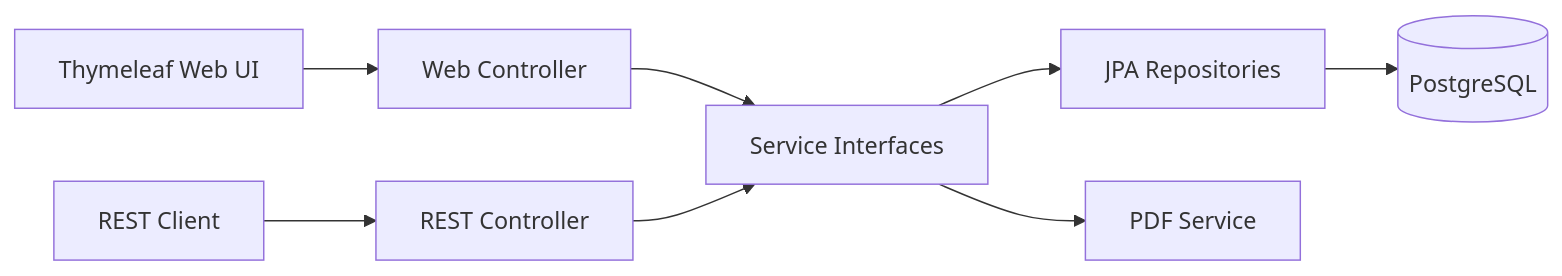
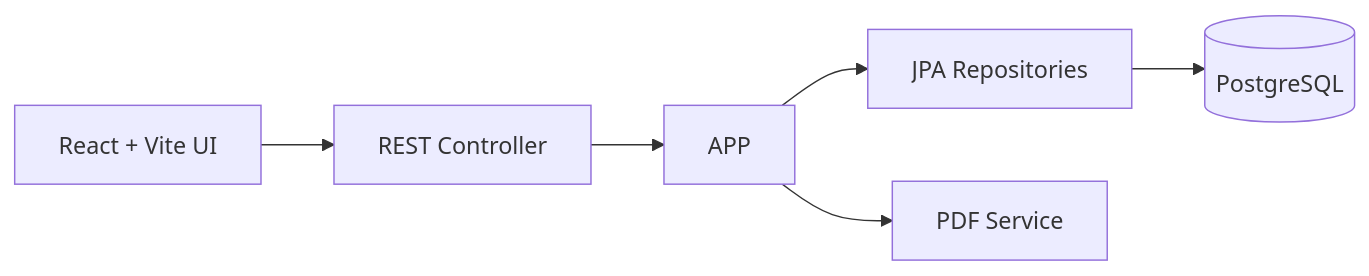
One commit to lillianxhub/freelance-hub changed the second of 2 diagrams in REQUIREMENTS.md. Above: the diagram before and after it, drawn with Mermaid. The commit also changed other lines of this file and 4 other files, not shown here.

````diff
--- a/REQUIREMENTS.md
+++ b/REQUIREMENTS.md
@@ -346,10 +344,8 @@
 ```mermaid
 flowchart LR
-    UI[Thymeleaf Web UI] --> WEB[Web Controller]
-    EXT[REST Client] --> API[REST Controller]
-    WEB --> APP[Service Interfaces]
+    UI[React + Vite UI] --> API[REST Controller]
     API --> APP
     APP --> REPO[JPA Repositories]
     APP --> PDF[PDF Service]
     REPO --> DB[(PostgreSQL)]
 ```
````
